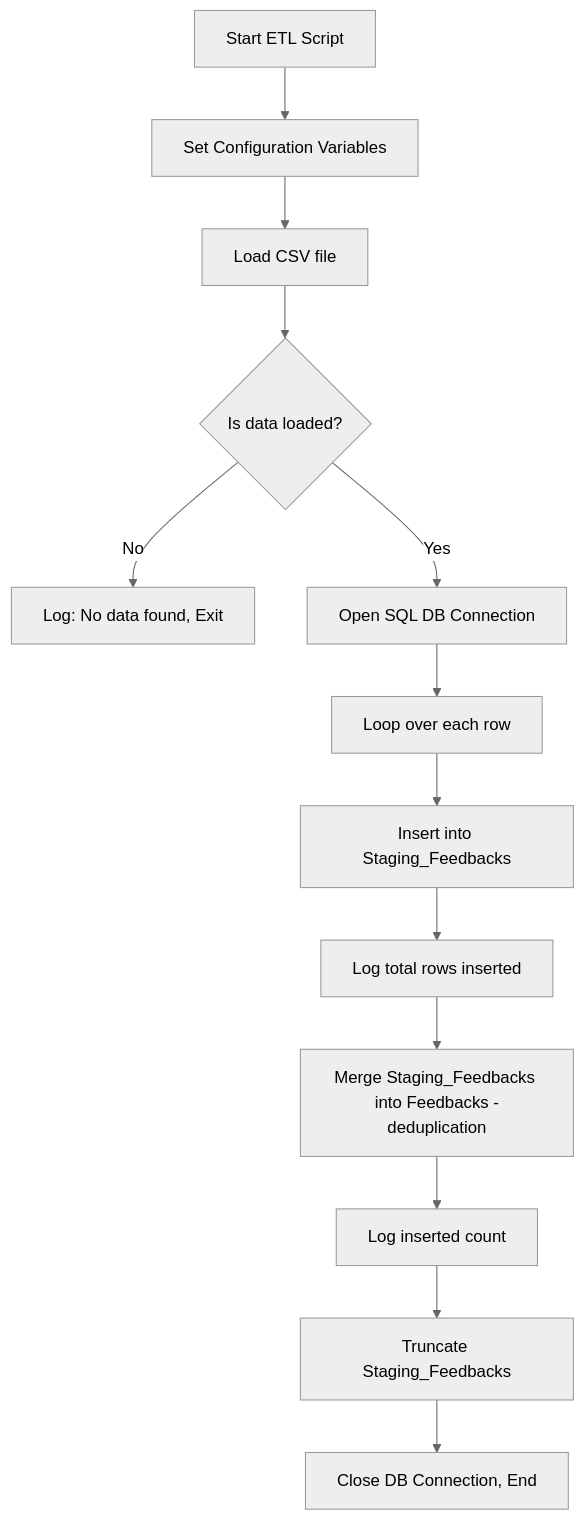
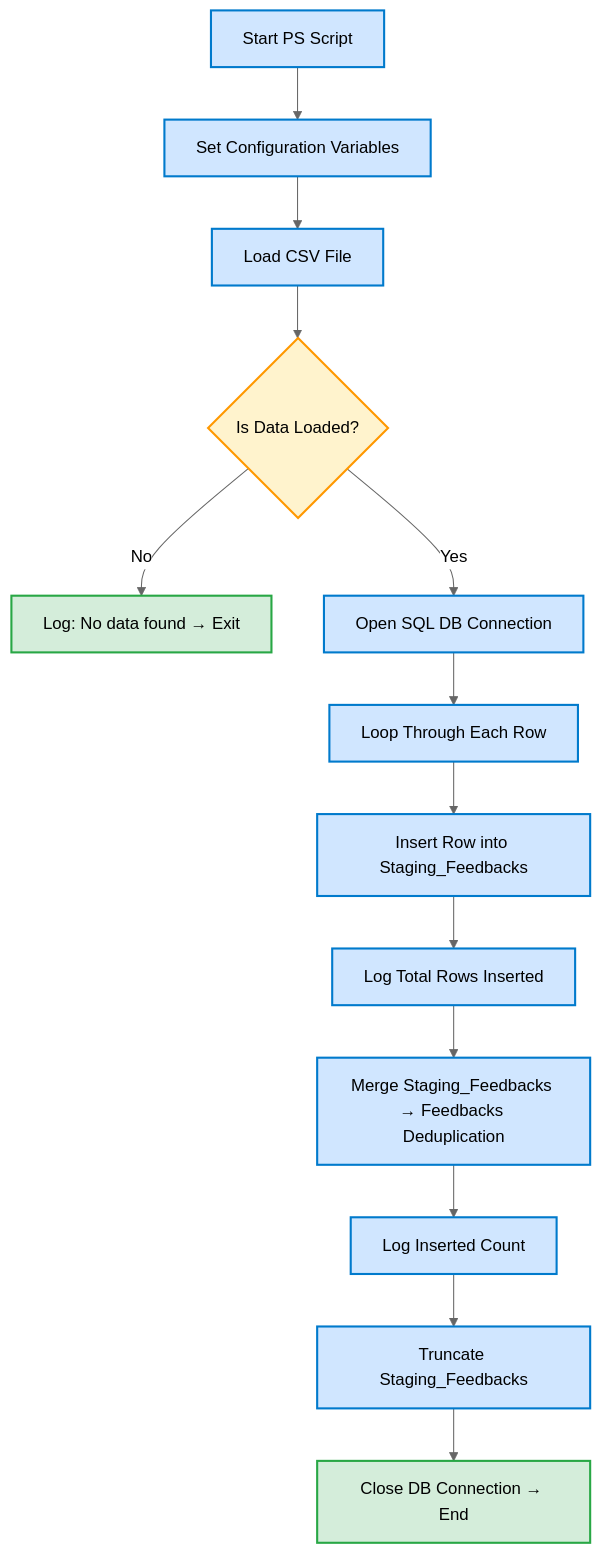
The fifth of 5 diagrams in README.md (sam2702/sql-database-project), drawn with Mermaid (neutral theme) before and after one commit. The commit also changed other lines of this file, not shown here.

````diff
--- a/README.md
+++ b/README.md
@@ -135,16 +134,26 @@
 ```mermaid
-flowchart TD
-    A[Start ETL Script] --> B[Set Configuration Variables]
-    B --> C[Load CSV file]
-    C --> D{Is data loaded?}
-    D -- No --> X[Log: No data found, Exit]
+flowchart TB
+    A[Start PS Script] --> B[Set Configuration Variables]
+    B --> C[Load CSV File]
+    C --> D{Is Data Loaded?}
+    D -- No --> X[Log: No data found → Exit]
     D -- Yes --> E[Open SQL DB Connection]
-    E --> F[Loop over each row]
-    F --> G[Insert into Staging_Feedbacks]
-    G --> H[Log total rows inserted]
-    H --> I[Merge Staging_Feedbacks into Feedbacks -deduplication]
-    I --> J[Log inserted count]
+    E --> F[Loop Through Each Row]
+    F --> G[Insert Row into Staging_Feedbacks]
+    G --> H[Log Total Rows Inserted]
+    H --> I[Merge Staging_Feedbacks → Feedbacks Deduplication]
+    I --> J[Log Inserted Count]
     J --> K[Truncate Staging_Feedbacks]
-    K --> Z[Close DB Connection, End]
+    K --> Z[Close DB Connection → End]
+
+    %% Assign classes to nodes
+    class A,B,C,E,F,G,H,I,J,K setup;
+    class D decision;
+    class X,Z exit;
+
+    %% Define styles with black text
+    classDef setup fill:#d0e6ff,stroke:#007acc,stroke-width:2px,color:#000000;
+    classDef decision fill:#fff3cd,stroke:#ff9800,stroke-width:2px,color:#000000;
+    classDef exit fill:#d4edda,stroke:#28a745,stroke-width:2px,color:#000000;
 
 ```
````
